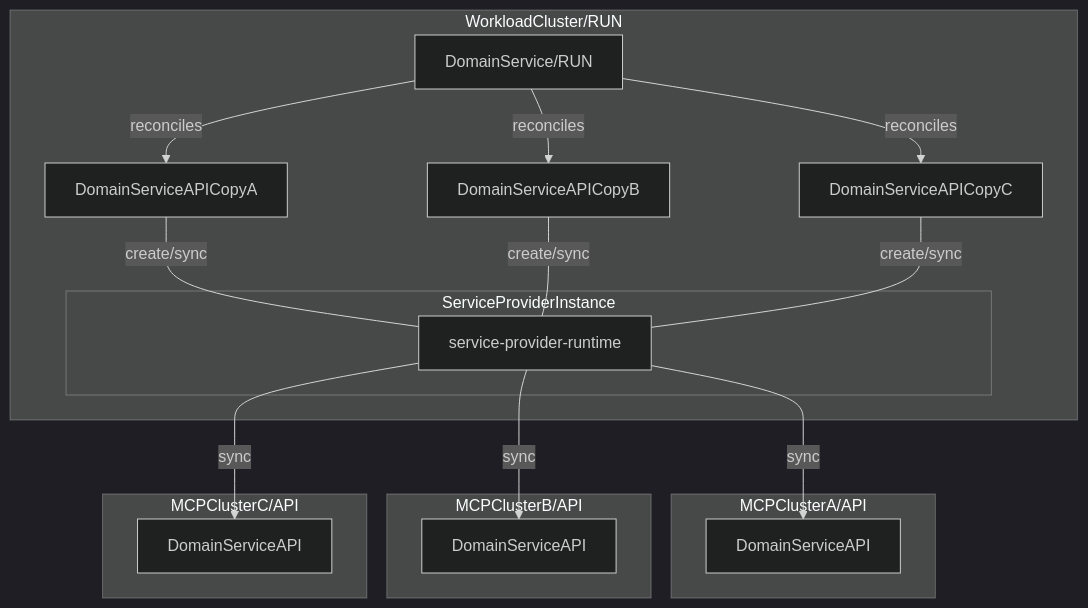
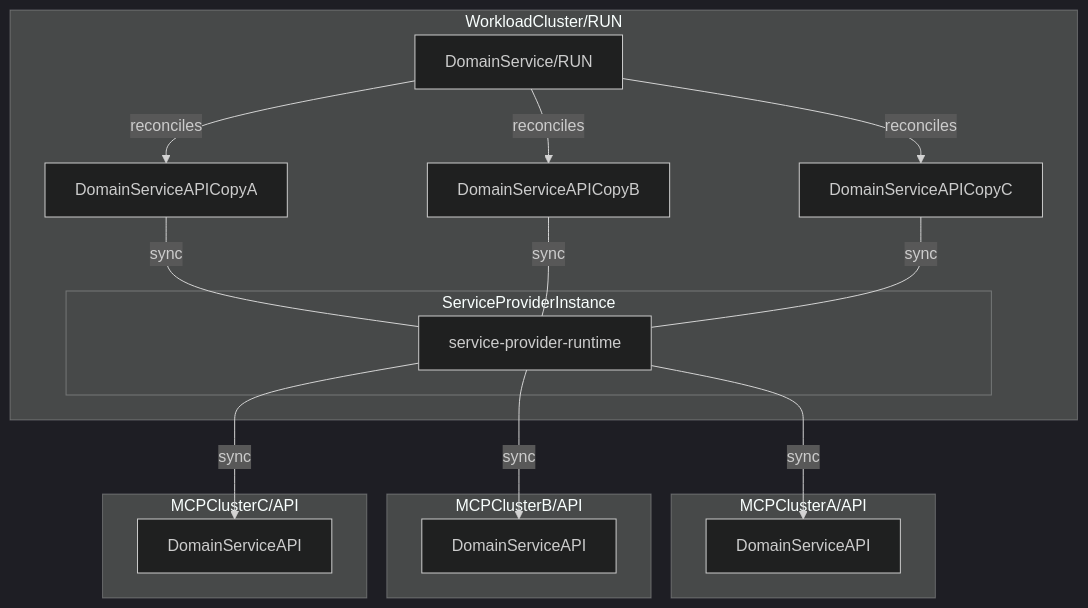
Before and after one commit to openmcp-project/docs: the fourth of 4 diagrams in docs/about/design/service-provider-design.md, drawn with Mermaid (dark theme). The commit also changed other lines of this file, not shown here.

````diff
--- a/docs/about/design/service-provider-design.md
+++ b/docs/about/design/service-provider-design.md
@@ -183,39 +175,39 @@
 ```mermaid
 graph TD
     %% WorkloadCluster
     subgraph WorkloadCluster/RUN
         DS[DomainService/RUN]
         DSAACopy[DomainServiceAPICopyA]
         DSABCopy[DomainServiceAPICopyB]
         DSACCopy[DomainServiceAPICopyC]
         subgraph ServiceProviderInstance
             SPR[service-provider-runtime]
         end
     end
 
     %% MCPClusterA
     subgraph MCPClusterA/API
         DSAA[DomainServiceAPI]
     end
 
     %% MCPClusterB
     subgraph MCPClusterB/API
         DSAB[DomainServiceAPI]
     end
 
     %% MCPClusterC
     subgraph MCPClusterC/API
         DSAC[DomainServiceAPI]
     end
 
     %% edges
     DS -->|reconciles| DSAACopy
     DS -->|reconciles| DSABCopy
     DS -->|reconciles| DSACCopy
-    DSAACopy ---|create/sync| SPR
-    DSABCopy ---|create/sync| SPR
-    DSACCopy ---|create/sync| SPR
+    DSAACopy ---|sync| SPR
+    DSABCopy ---|sync| SPR
+    DSACCopy ---|sync| SPR
     SPR -->|sync|DSAA
     SPR -->|sync|DSAB
     SPR -->|sync|DSAC
 ```
````
